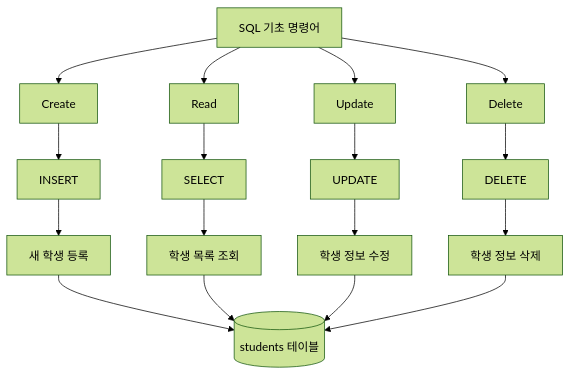
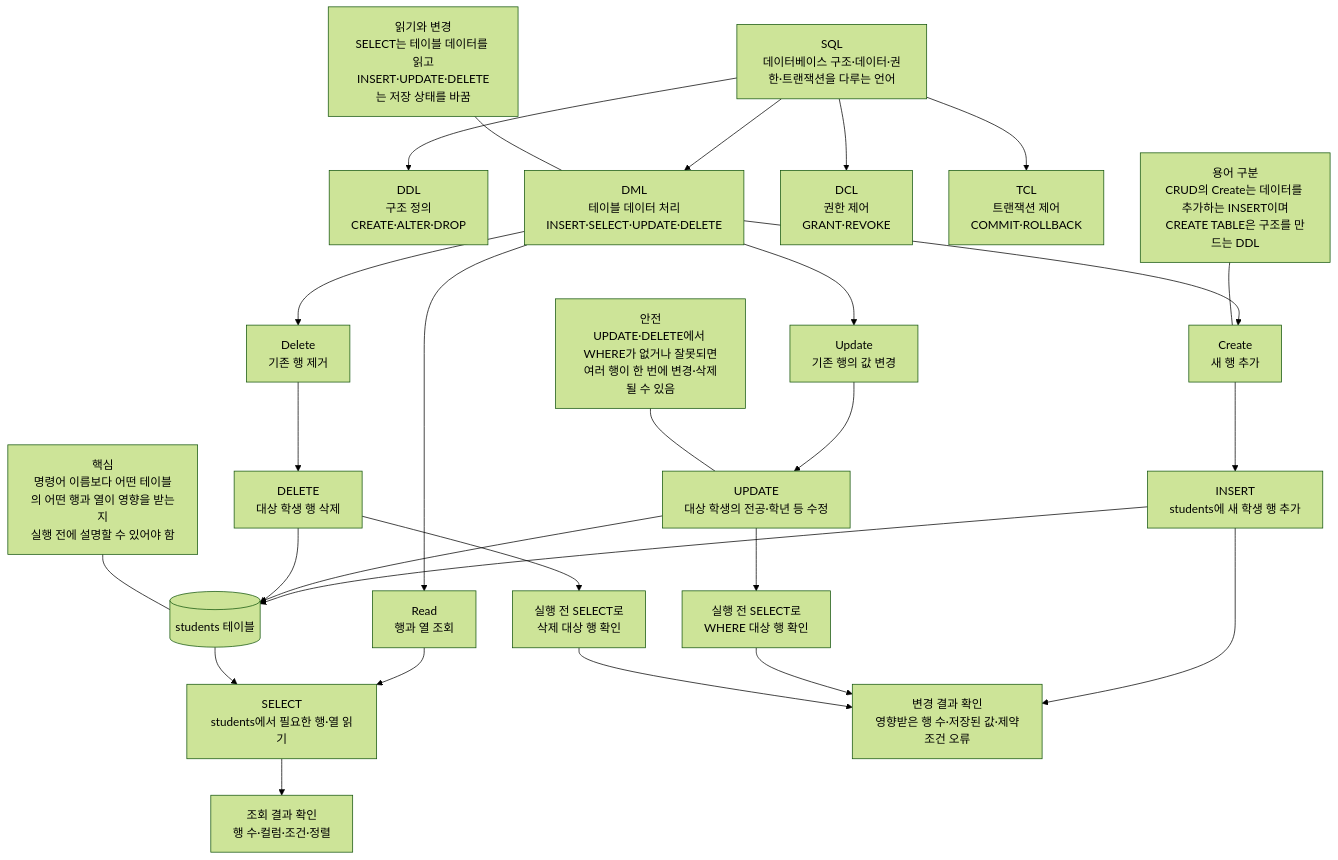
One commit to GilbertMoon/ai-database-book changed the diagram in images/chapter04/ch04_01_sql_crud_overview.mmd. Above: the diagram before and after it, drawn with Mermaid (forest theme).

Commit message:
Refine chapter 4 SQL CRUD overview source

```diff
--- a/images/chapter04/ch04_01_sql_crud_overview.mmd
+++ b/images/chapter04/ch04_01_sql_crud_overview.mmd
@@ -1,22 +1,34 @@
 flowchart TB
-    A[SQL 기초 명령어] --> C[Create]
-    A --> R[Read]
-    A --> U[Update]
-    A --> D[Delete]
+    A[SQL<br/>데이터베이스 구조·데이터·권한·트랜잭션을 다루는 언어]
 
-    C --> C1[INSERT]
-    C1 --> C2[새 학생 등록]
+    A --> DDL[DDL<br/>구조 정의<br/>CREATE·ALTER·DROP]
+    A --> DML[DML<br/>테이블 데이터 처리<br/>INSERT·SELECT·UPDATE·DELETE]
+    A --> DCL[DCL<br/>권한 제어<br/>GRANT·REVOKE]
+    A --> TCL[TCL<br/>트랜잭션 제어<br/>COMMIT·ROLLBACK]
 
-    R --> R1[SELECT]
-    R1 --> R2[학생 목록 조회]
+    DML --> C[Create<br/>새 행 추가]
+    DML --> R[Read<br/>행과 열 조회]
+    DML --> U[Update<br/>기존 행의 값 변경]
+    DML --> D[Delete<br/>기존 행 제거]
 
-    U --> U1[UPDATE]
-    U1 --> U2[학생 정보 수정]
+    C --> C1[INSERT<br/>students에 새 학생 행 추가]
+    R --> R1[SELECT<br/>students에서 필요한 행·열 읽기]
+    U --> U1[UPDATE<br/>대상 학생의 전공·학년 등 수정]
+    D --> D1[DELETE<br/>대상 학생 행 삭제]
 
-    D --> D1[DELETE]
-    D1 --> D2[학생 정보 삭제]
+    C1 --> T[(students 테이블)]
+    U1 --> T
+    D1 --> T
+    T --> R1
 
-    C2 --> T[(students 테이블)]
-    R2 --> T
-    U2 --> T
-    D2 --> T
+    C1 --> I1[변경 결과 확인<br/>영향받은 행 수·저장된 값·제약조건 오류]
+    R1 --> I2[조회 결과 확인<br/>행 수·컬럼·조건·정렬]
+    U1 --> S1[실행 전 SELECT로<br/>WHERE 대상 행 확인]
+    D1 --> S2[실행 전 SELECT로<br/>삭제 대상 행 확인]
+    S1 --> I1
+    S2 --> I1
+
+    N1[용어 구분<br/>CRUD의 Create는 데이터를 추가하는 INSERT이며<br/>CREATE TABLE은 구조를 만드는 DDL] --- C
+    N2[읽기와 변경<br/>SELECT는 테이블 데이터를 읽고<br/>INSERT·UPDATE·DELETE는 저장 상태를 바꿈] --- DML
+    N3[안전<br/>UPDATE·DELETE에서 WHERE가 없거나 잘못되면<br/>여러 행이 한 번에 변경·삭제될 수 있음] --- U1
+    N4[핵심<br/>명령어 이름보다 어떤 테이블의 어떤 행과 열이 영향을 받는지<br/>실행 전에 설명할 수 있어야 함] --- T
```
